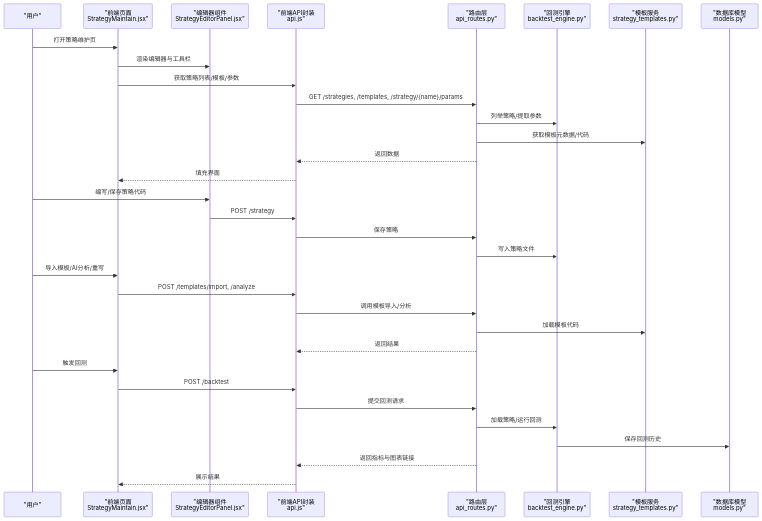
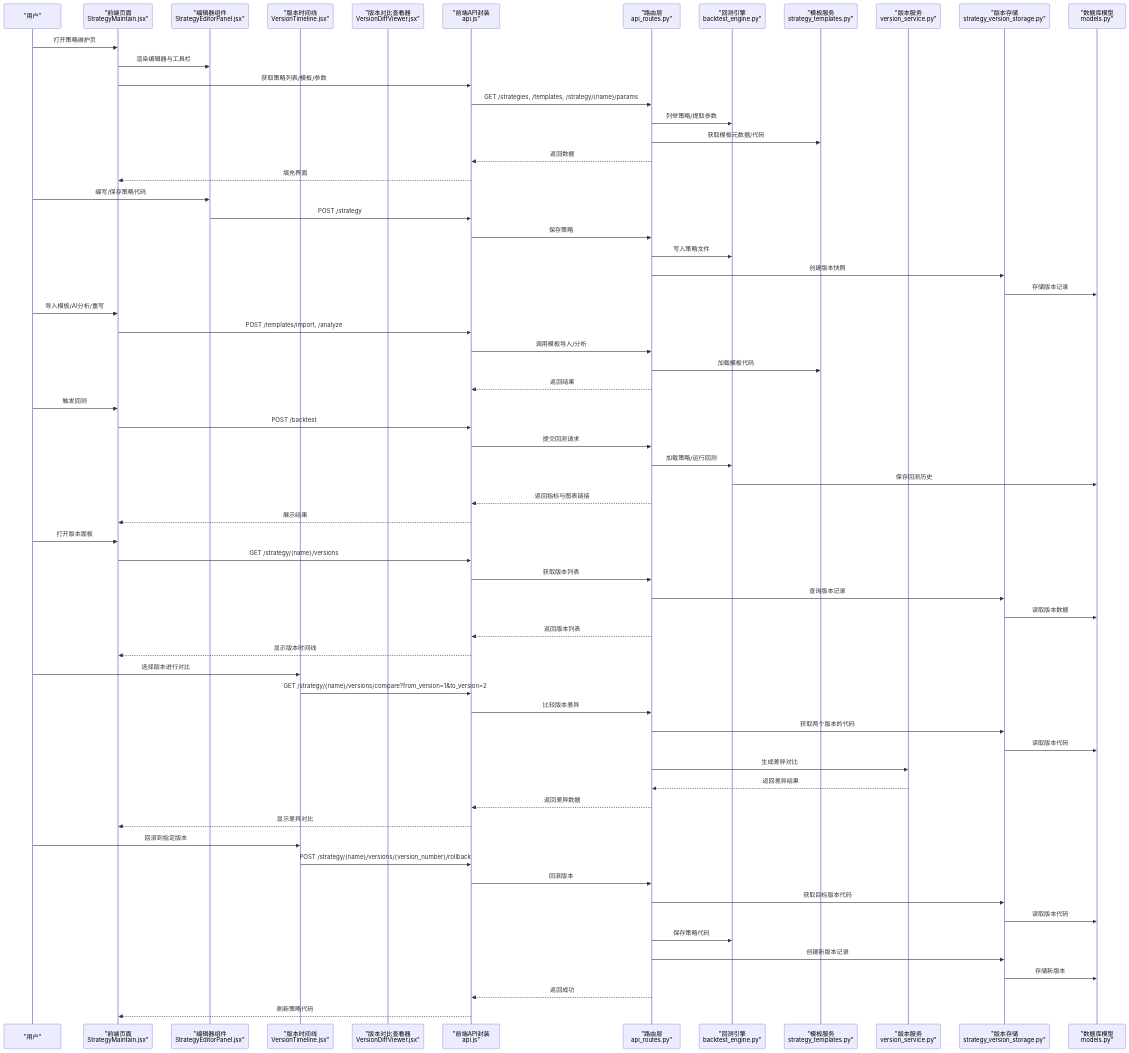
Before and after one commit to faryhuo/backtrader: the second of 9 diagrams in .qoder/repowiki/zh/content/核心功能详解/策略开发与管理.md, drawn with Mermaid. The commit also changed other lines of this file and 1 other file, not shown here.

````diff
--- a/.qoder/repowiki/zh/content/核心功能详解/策略开发与管理.md
+++ b/.qoder/repowiki/zh/content/核心功能详解/策略开发与管理.md
@@ -114,35 +150,67 @@
 ```mermaid
 sequenceDiagram
 participant U as "用户"
 participant FE as "前端页面<br/>StrategyMaintain.jsx"
 participant EP as "编辑器组件<br/>StrategyEditorPanel.jsx"
+participant VT as "版本时间线<br/>VersionTimeline.jsx"
+participant VD as "版本对比查看器<br/>VersionDiffViewer.jsx"
 participant API as "前端API封装<br/>api.js"
 participant RT as "路由层<br/>api_routes.py"
 participant BE as "回测引擎<br/>backtest_engine.py"
 participant TS as "模板服务<br/>strategy_templates.py"
+participant VS as "版本服务<br/>version_service.py"
+participant SVS as "版本存储<br/>strategy_version_storage.py"
 participant DB as "数据库模型<br/>models.py"
 U->>FE : 打开策略维护页
 FE->>EP : 渲染编辑器与工具栏
 FE->>API : 获取策略列表/模板/参数
 API->>RT : GET /strategies, /templates, /strategy/{name}/params
 RT->>BE : 列举策略/提取参数
 RT->>TS : 获取模板元数据/代码
 RT-->>API : 返回数据
 API-->>FE : 填充界面
 U->>EP : 编写/保存策略代码
 EP->>API : POST /strategy
 API->>RT : 保存策略
 RT->>BE : 写入策略文件
+RT->>SVS : 创建版本快照
+SVS->>DB : 存储版本记录
 U->>FE : 导入模板/AI分析/重写
 FE->>API : POST /templates/import, /analyze
 API->>RT : 调用模板导入/分析
 RT->>TS : 加载模板代码
 RT-->>API : 返回结果
 U->>FE : 触发回测
 FE->>API : POST /backtest
 API->>RT : 提交回测请求
 RT->>BE : 加载策略/运行回测
 BE->>DB : 保存回测历史
 RT-->>API : 返回指标与图表链接
 API-->>FE : 展示结果
+U->>FE : 打开版本面板
+FE->>API : GET /strategy/{name}/versions
+API->>RT : 获取版本列表
+RT->>SVS : 查询版本记录
+SVS->>DB : 读取版本数据
+RT-->>API : 返回版本列表
+API-->>FE : 显示版本时间线
+U->>VT : 选择版本进行对比
+VT->>API : GET /strategy/{name}/versions/compare?from_version=1&to_version=2
+API->>RT : 比较版本差异
+RT->>SVS : 获取两个版本的代码
+SVS->>DB : 读取版本代码
+RT->>VS : 生成差异对比
+VS-->>RT : 返回差异结果
+RT-->>API : 返回差异数据
+API-->>FE : 显示差异对比
+U->>VT : 回滚到指定版本
+VT->>API : POST /strategy/{name}/versions/{version_number}/rollback
+API->>RT : 回滚版本
+RT->>SVS : 获取目标版本代码
+SVS->>DB : 读取版本代码
+RT->>BE : 保存策略代码
+RT->>SVS : 创建新版本记录
+SVS->>DB : 存储新版本
+RT-->>API : 返回成功
+API-->>FE : 刷新策略代码
 ```
````
